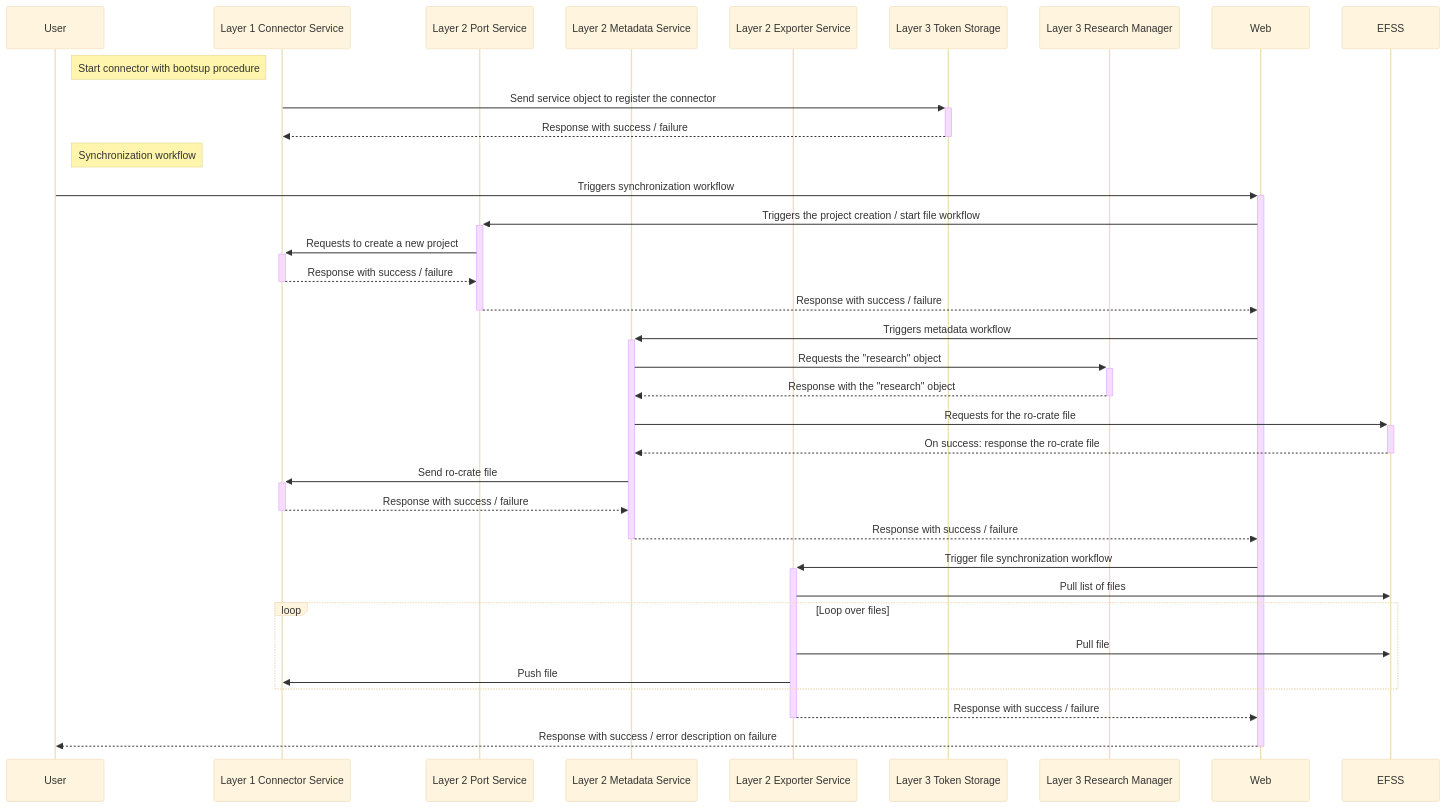
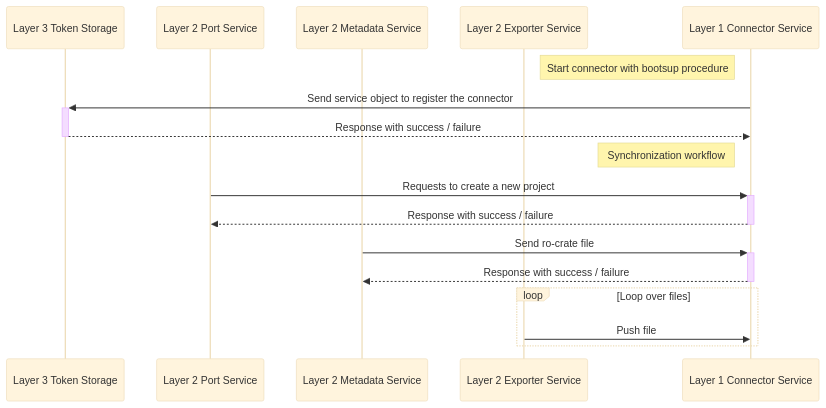
One commit to Sciebo-RDS/Sciebo-RDS changed the diagram in docs/docs/documentation/development/contributing/developing-connectors.md. Above: the diagram before and after it, drawn with Mermaid (base theme). The commit also changed other lines of this file and 1 other file, not shown here.

First line of the commit message:
[doc] reduce activity diagram for sync workflow

````diff
--- a/docs/docs/documentation/development/contributing/developing-connectors.md
+++ b/docs/docs/documentation/development/contributing/developing-connectors.md
@@ -7,41 +7,23 @@
 ```mermaid
 sequenceDiagram
-  participant User as User
-  participant Conn as Layer 1 Connector Service
+  participant Token as Layer 3 Token Storage
   participant Port as Layer 2 Port Service
   participant Metadata as Layer 2 Metadata Service
   participant Exporter as Layer 2 Exporter Service
-  participant Token as Layer 3 Token Storage
-  participant Research as Layer 3 Research Manager
+  participant Conn as Layer 1 Connector Service
 
-  Note right of User: Start connector with bootsup procedure
+  Note left of Conn: Start connector with bootsup procedure
   Conn->>+Token: Send service object to register the connector
   Token-->>-Conn: Response with success / failure
   
-  Note right of User:  Synchronization workflow
-  User->>+Web: Triggers synchronization workflow
-  
-  Web->>+Port: Triggers the project creation / start file workflow
+  Note left of Conn: Synchronization workflow
   Port->>+Conn: Requests to create a new project
   Conn-->>-Port: Response with success / failure
-  Port-->>-Web: Response with success / failure
   
-  Web->>+Metadata: Triggers metadata workflow
-  Metadata->>+Research: Requests the "research" object
-  Research-->>-Metadata: Response with the "research" object
-  Metadata->>+EFSS: Requests for the ro-crate file
-  EFSS-->>-Metadata: On success: response the ro-crate file
   Metadata->>+Conn: Send ro-crate file
   Conn-->>-Metadata: Response with success / failure
-  Metadata-->>-Web: Response with success / failure
   
-  Web->>+Exporter: Trigger file synchronization workflow
-  Exporter->>EFSS: Pull list of files
   Loop Loop over files
-    Exporter->>EFSS: Pull file
     Exporter->>Conn: Push file
   end
-  Exporter-->>-Web: Response with success / failure
-  
-  Web-->>-User: Response with success / error description on failure
 ```
````
